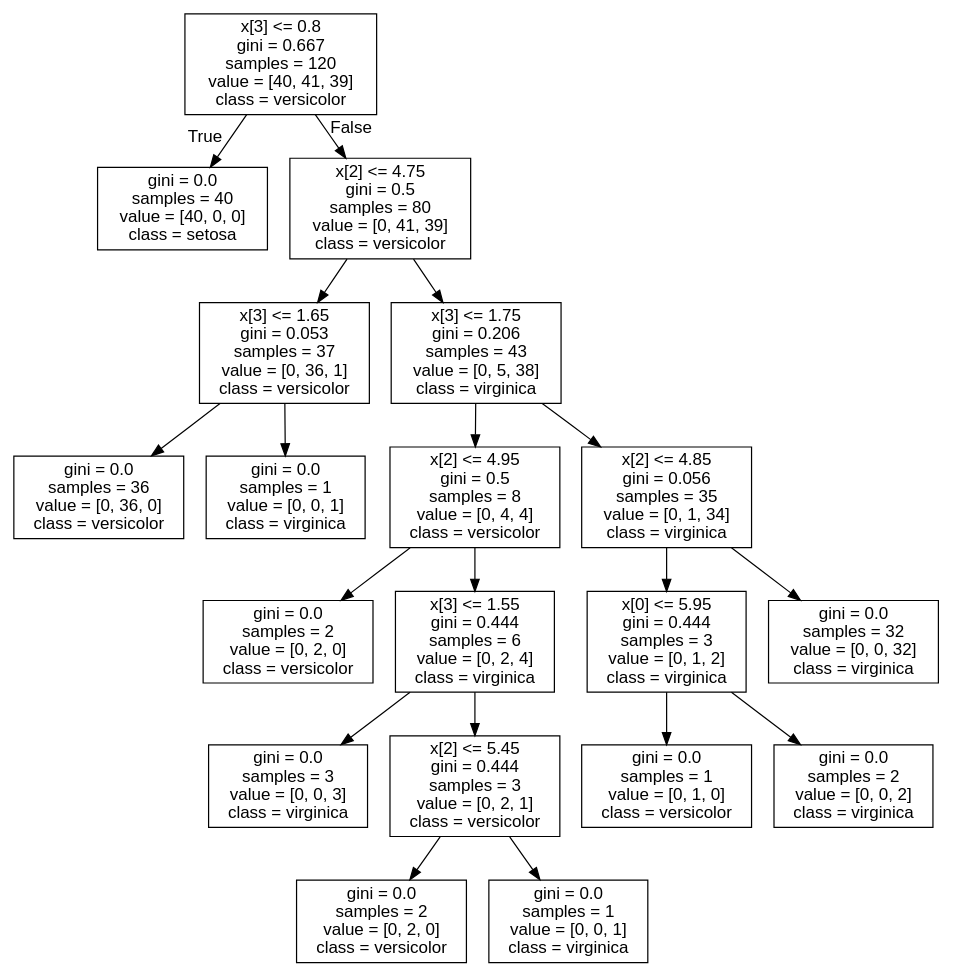
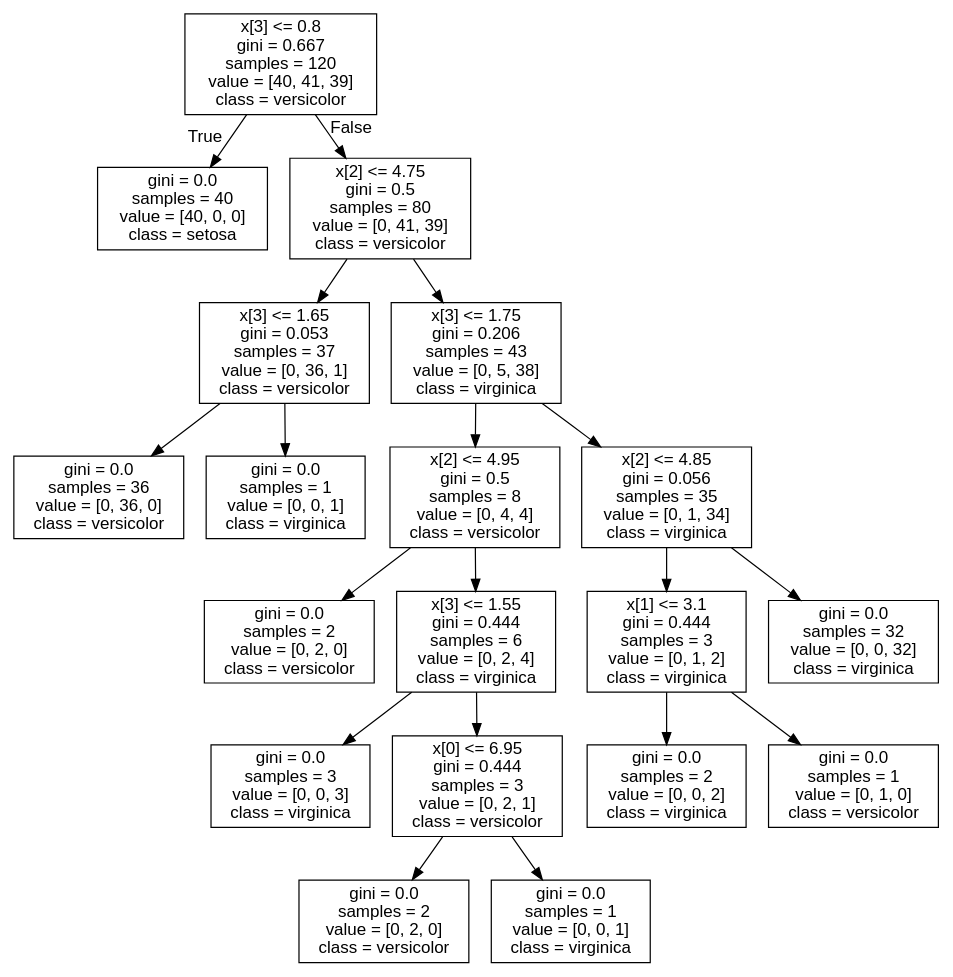
The diagram in ml/iris_tree.dot (imyoonaheo/hipython), drawn with Graphviz before and after one commit. The commit also changed 5 other files, not shown here.

```diff
--- a/ml/iris_tree.dot
+++ b/ml/iris_tree.dot
@@ -1,41 +1,41 @@
 digraph Tree {
 node [shape=box, fontname="helvetica"] ;
 edge [fontname="helvetica"] ;
 0 [label="x[3] <= 0.8\ngini = 0.667\nsamples = 120\nvalue = [40, 41, 39]\nclass = versicolor"] ;
 1 [label="gini = 0.0\nsamples = 40\nvalue = [40, 0, 0]\nclass = setosa"] ;
 0 -> 1 [labeldistance=2.5, labelangle=45, headlabel="True"] ;
 2 [label="x[2] <= 4.75\ngini = 0.5\nsamples = 80\nvalue = [0, 41, 39]\nclass = versicolor"] ;
 0 -> 2 [labeldistance=2.5, labelangle=-45, headlabel="False"] ;
 3 [label="x[3] <= 1.65\ngini = 0.053\nsamples = 37\nvalue = [0, 36, 1]\nclass = versicolor"] ;
 2 -> 3 ;
 4 [label="gini = 0.0\nsamples = 36\nvalue = [0, 36, 0]\nclass = versicolor"] ;
 3 -> 4 ;
 5 [label="gini = 0.0\nsamples = 1\nvalue = [0, 0, 1]\nclass = virginica"] ;
 3 -> 5 ;
 6 [label="x[3] <= 1.75\ngini = 0.206\nsamples = 43\nvalue = [0, 5, 38]\nclass = virginica"] ;
 2 -> 6 ;
 7 [label="x[2] <= 4.95\ngini = 0.5\nsamples = 8\nvalue = [0, 4, 4]\nclass = versicolor"] ;
 6 -> 7 ;
 8 [label="gini = 0.0\nsamples = 2\nvalue = [0, 2, 0]\nclass = versicolor"] ;
 7 -> 8 ;
 9 [label="x[3] <= 1.55\ngini = 0.444\nsamples = 6\nvalue = [0, 2, 4]\nclass = virginica"] ;
 7 -> 9 ;
 10 [label="gini = 0.0\nsamples = 3\nvalue = [0, 0, 3]\nclass = virginica"] ;
 9 -> 10 ;
-11 [label="x[2] <= 5.45\ngini = 0.444\nsamples = 3\nvalue = [0, 2, 1]\nclass = versicolor"] ;
+11 [label="x[0] <= 6.95\ngini = 0.444\nsamples = 3\nvalue = [0, 2, 1]\nclass = versicolor"] ;
 9 -> 11 ;
 12 [label="gini = 0.0\nsamples = 2\nvalue = [0, 2, 0]\nclass = versicolor"] ;
 11 -> 12 ;
 13 [label="gini = 0.0\nsamples = 1\nvalue = [0, 0, 1]\nclass = virginica"] ;
 11 -> 13 ;
 14 [label="x[2] <= 4.85\ngini = 0.056\nsamples = 35\nvalue = [0, 1, 34]\nclass = virginica"] ;
 6 -> 14 ;
-15 [label="x[0] <= 5.95\ngini = 0.444\nsamples = 3\nvalue = [0, 1, 2]\nclass = virginica"] ;
+15 [label="x[1] <= 3.1\ngini = 0.444\nsamples = 3\nvalue = [0, 1, 2]\nclass = virginica"] ;
 14 -> 15 ;
-16 [label="gini = 0.0\nsamples = 1\nvalue = [0, 1, 0]\nclass = versicolor"] ;
+16 [label="gini = 0.0\nsamples = 2\nvalue = [0, 0, 2]\nclass = virginica"] ;
 15 -> 16 ;
-17 [label="gini = 0.0\nsamples = 2\nvalue = [0, 0, 2]\nclass = virginica"] ;
+17 [label="gini = 0.0\nsamples = 1\nvalue = [0, 1, 0]\nclass = versicolor"] ;
 15 -> 17 ;
 18 [label="gini = 0.0\nsamples = 32\nvalue = [0, 0, 32]\nclass = virginica"] ;
 14 -> 18 ;
 }
```
